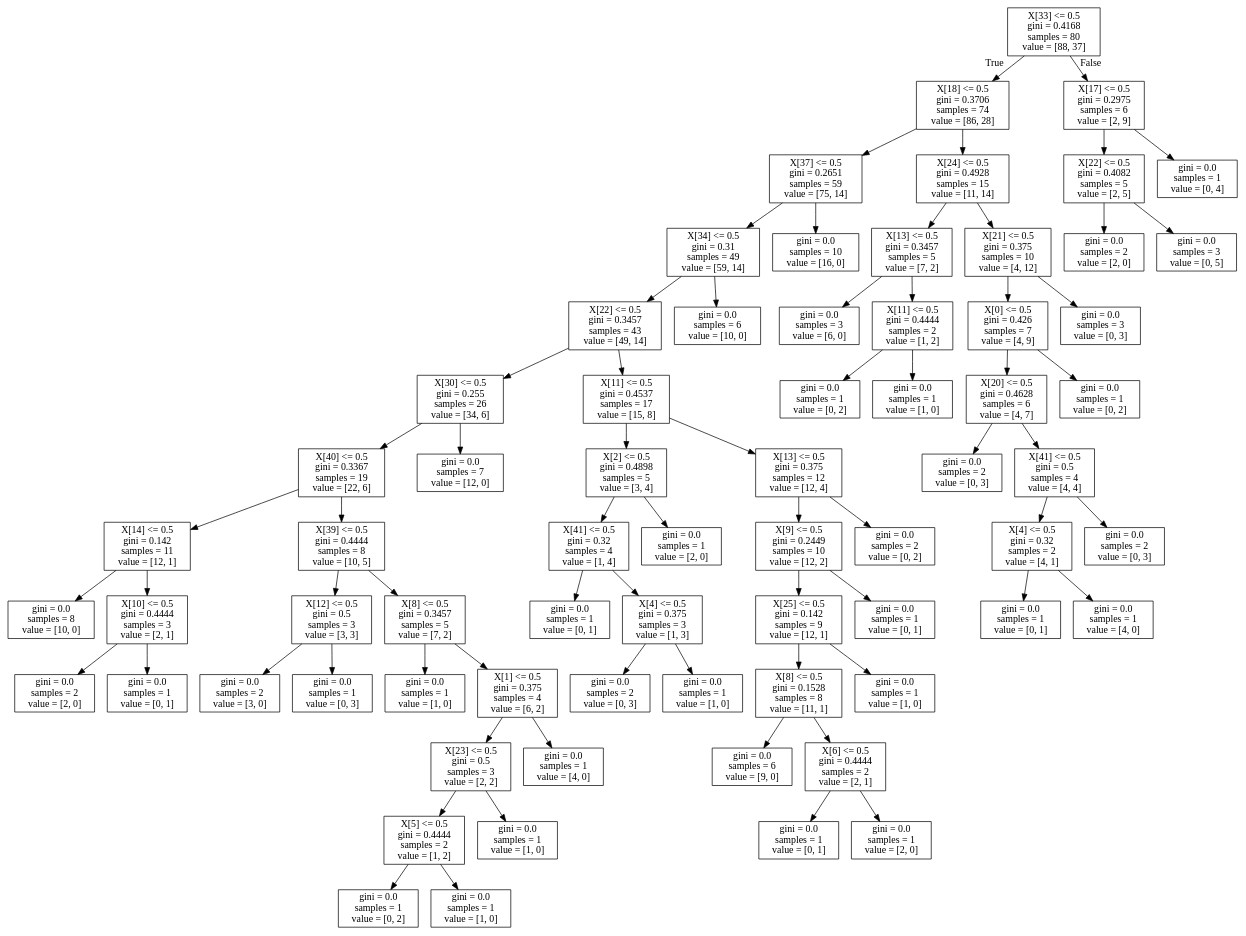
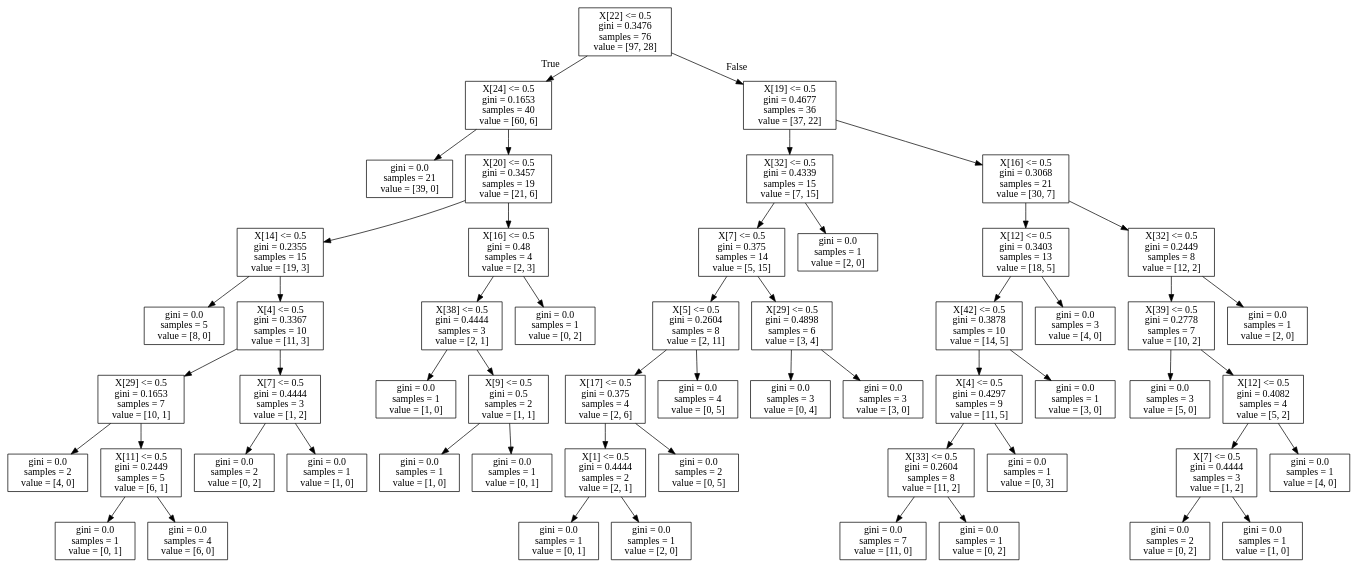
The diagram in tree3.dot (aaronfowles/elastography), drawn with Graphviz before and after one commit. The commit also changed 11 other files, not shown here.

```diff
--- a/tree3.dot
+++ b/tree3.dot
@@ -1,140 +1,112 @@
 digraph Tree {
 node [shape=box] ;
-0 [label="X[33] <= 0.5\ngini = 0.4168\nsamples = 80\nvalue = [88, 37]"] ;
-1 [label="X[18] <= 0.5\ngini = 0.3706\nsamples = 74\nvalue = [86, 28]"] ;
+0 [label="X[22] <= 0.5\ngini = 0.3476\nsamples = 76\nvalue = [97, 28]"] ;
+1 [label="X[24] <= 0.5\ngini = 0.1653\nsamples = 40\nvalue = [60, 6]"] ;
 0 -> 1 [labeldistance=2.5, labelangle=45, headlabel="True"] ;
-2 [label="X[37] <= 0.5\ngini = 0.2651\nsamples = 59\nvalue = [75, 14]"] ;
+2 [label="gini = 0.0\nsamples = 21\nvalue = [39, 0]"] ;
 1 -> 2 ;
-3 [label="X[34] <= 0.5\ngini = 0.31\nsamples = 49\nvalue = [59, 14]"] ;
-2 -> 3 ;
-4 [label="X[22] <= 0.5\ngini = 0.3457\nsamples = 43\nvalue = [49, 14]"] ;
+3 [label="X[20] <= 0.5\ngini = 0.3457\nsamples = 19\nvalue = [21, 6]"] ;
+1 -> 3 ;
+4 [label="X[14] <= 0.5\ngini = 0.2355\nsamples = 15\nvalue = [19, 3]"] ;
 3 -> 4 ;
-5 [label="X[30] <= 0.5\ngini = 0.255\nsamples = 26\nvalue = [34, 6]"] ;
+5 [label="gini = 0.0\nsamples = 5\nvalue = [8, 0]"] ;
 4 -> 5 ;
-6 [label="X[40] <= 0.5\ngini = 0.3367\nsamples = 19\nvalue = [22, 6]"] ;
-5 -> 6 ;
-7 [label="X[14] <= 0.5\ngini = 0.142\nsamples = 11\nvalue = [12, 1]"] ;
+6 [label="X[4] <= 0.5\ngini = 0.3367\nsamples = 10\nvalue = [11, 3]"] ;
+4 -> 6 ;
+7 [label="X[29] <= 0.5\ngini = 0.1653\nsamples = 7\nvalue = [10, 1]"] ;
 6 -> 7 ;
-8 [label="gini = 0.0\nsamples = 8\nvalue = [10, 0]"] ;
+8 [label="gini = 0.0\nsamples = 2\nvalue = [4, 0]"] ;
 7 -> 8 ;
-9 [label="X[10] <= 0.5\ngini = 0.4444\nsamples = 3\nvalue = [2, 1]"] ;
+9 [label="X[11] <= 0.5\ngini = 0.2449\nsamples = 5\nvalue = [6, 1]"] ;
 7 -> 9 ;
-10 [label="gini = 0.0\nsamples = 2\nvalue = [2, 0]"] ;
+10 [label="gini = 0.0\nsamples = 1\nvalue = [0, 1]"] ;
 9 -> 10 ;
-11 [label="gini = 0.0\nsamples = 1\nvalue = [0, 1]"] ;
+11 [label="gini = 0.0\nsamples = 4\nvalue = [6, 0]"] ;
 9 -> 11 ;
-12 [label="X[39] <= 0.5\ngini = 0.4444\nsamples = 8\nvalue = [10, 5]"] ;
+12 [label="X[7] <= 0.5\ngini = 0.4444\nsamples = 3\nvalue = [1, 2]"] ;
 6 -> 12 ;
-13 [label="X[12] <= 0.5\ngini = 0.5\nsamples = 3\nvalue = [3, 3]"] ;
+13 [label="gini = 0.0\nsamples = 2\nvalue = [0, 2]"] ;
 12 -> 13 ;
-14 [label="gini = 0.0\nsamples = 2\nvalue = [3, 0]"] ;
-13 -> 14 ;
-15 [label="gini = 0.0\nsamples = 1\nvalue = [0, 3]"] ;
-13 -> 15 ;
-16 [label="X[8] <= 0.5\ngini = 0.3457\nsamples = 5\nvalue = [7, 2]"] ;
-12 -> 16 ;
+14 [label="gini = 0.0\nsamples = 1\nvalue = [1, 0]"] ;
+12 -> 14 ;
+15 [label="X[16] <= 0.5\ngini = 0.48\nsamples = 4\nvalue = [2, 3]"] ;
+3 -> 15 ;
+16 [label="X[38] <= 0.5\ngini = 0.4444\nsamples = 3\nvalue = [2, 1]"] ;
+15 -> 16 ;
 17 [label="gini = 0.0\nsamples = 1\nvalue = [1, 0]"] ;
 16 -> 17 ;
-18 [label="X[1] <= 0.5\ngini = 0.375\nsamples = 4\nvalue = [6, 2]"] ;
+18 [label="X[9] <= 0.5\ngini = 0.5\nsamples = 2\nvalue = [1, 1]"] ;
 16 -> 18 ;
-19 [label="X[23] <= 0.5\ngini = 0.5\nsamples = 3\nvalue = [2, 2]"] ;
+19 [label="gini = 0.0\nsamples = 1\nvalue = [1, 0]"] ;
 18 -> 19 ;
-20 [label="X[5] <= 0.5\ngini = 0.4444\nsamples = 2\nvalue = [1, 2]"] ;
-19 -> 20 ;
+20 [label="gini = 0.0\nsamples = 1\nvalue = [0, 1]"] ;
+18 -> 20 ;
 21 [label="gini = 0.0\nsamples = 1\nvalue = [0, 2]"] ;
-20 -> 21 ;
-22 [label="gini = 0.0\nsamples = 1\nvalue = [1, 0]"] ;
-20 -> 22 ;
-23 [label="gini = 0.0\nsamples = 1\nvalue = [1, 0]"] ;
-19 -> 23 ;
-24 [label="gini = 0.0\nsamples = 1\nvalue = [4, 0]"] ;
-18 -> 24 ;
-25 [label="gini = 0.0\nsamples = 7\nvalue = [12, 0]"] ;
-5 -> 25 ;
-26 [label="X[11] <= 0.5\ngini = 0.4537\nsamples = 17\nvalue = [15, 8]"] ;
-4 -> 26 ;
-27 [label="X[2] <= 0.5\ngini = 0.4898\nsamples = 5\nvalue = [3, 4]"] ;
+15 -> 21 ;
+22 [label="X[19] <= 0.5\ngini = 0.4677\nsamples = 36\nvalue = [37, 22]"] ;
+0 -> 22 [labeldistance=2.5, labelangle=-45, headlabel="False"] ;
+23 [label="X[32] <= 0.5\ngini = 0.4339\nsamples = 15\nvalue = [7, 15]"] ;
+22 -> 23 ;
+24 [label="X[7] <= 0.5\ngini = 0.375\nsamples = 14\nvalue = [5, 15]"] ;
+23 -> 24 ;
+25 [label="X[5] <= 0.5\ngini = 0.2604\nsamples = 8\nvalue = [2, 11]"] ;
+24 -> 25 ;
+26 [label="X[17] <= 0.5\ngini = 0.375\nsamples = 4\nvalue = [2, 6]"] ;
+25 -> 26 ;
+27 [label="X[1] <= 0.5\ngini = 0.4444\nsamples = 2\nvalue = [2, 1]"] ;
 26 -> 27 ;
-28 [label="X[41] <= 0.5\ngini = 0.32\nsamples = 4\nvalue = [1, 4]"] ;
+28 [label="gini = 0.0\nsamples = 1\nvalue = [0, 1]"] ;
 27 -> 28 ;
-29 [label="gini = 0.0\nsamples = 1\nvalue = [0, 1]"] ;
-28 -> 29 ;
-30 [label="X[4] <= 0.5\ngini = 0.375\nsamples = 3\nvalue = [1, 3]"] ;
-28 -> 30 ;
-31 [label="gini = 0.0\nsamples = 2\nvalue = [0, 3]"] ;
-30 -> 31 ;
-32 [label="gini = 0.0\nsamples = 1\nvalue = [1, 0]"] ;
-30 -> 32 ;
-33 [label="gini = 0.0\nsamples = 1\nvalue = [2, 0]"] ;
-27 -> 33 ;
-34 [label="X[13] <= 0.5\ngini = 0.375\nsamples = 12\nvalue = [12, 4]"] ;
-26 -> 34 ;
-35 [label="X[9] <= 0.5\ngini = 0.2449\nsamples = 10\nvalue = [12, 2]"] ;
-34 -> 35 ;
-36 [label="X[25] <= 0.5\ngini = 0.142\nsamples = 9\nvalue = [12, 1]"] ;
-35 -> 36 ;
-37 [label="X[8] <= 0.5\ngini = 0.1528\nsamples = 8\nvalue = [11, 1]"] ;
+29 [label="gini = 0.0\nsamples = 1\nvalue = [2, 0]"] ;
+27 -> 29 ;
+30 [label="gini = 0.0\nsamples = 2\nvalue = [0, 5]"] ;
+26 -> 30 ;
+31 [label="gini = 0.0\nsamples = 4\nvalue = [0, 5]"] ;
+25 -> 31 ;
+32 [label="X[29] <= 0.5\ngini = 0.4898\nsamples = 6\nvalue = [3, 4]"] ;
+24 -> 32 ;
+33 [label="gini = 0.0\nsamples = 3\nvalue = [0, 4]"] ;
+32 -> 33 ;
+34 [label="gini = 0.0\nsamples = 3\nvalue = [3, 0]"] ;
+32 -> 34 ;
+35 [label="gini = 0.0\nsamples = 1\nvalue = [2, 0]"] ;
+23 -> 35 ;
+36 [label="X[16] <= 0.5\ngini = 0.3068\nsamples = 21\nvalue = [30, 7]"] ;
+22 -> 36 ;
+37 [label="X[12] <= 0.5\ngini = 0.3403\nsamples = 13\nvalue = [18, 5]"] ;
 36 -> 37 ;
-38 [label="gini = 0.0\nsamples = 6\nvalue = [9, 0]"] ;
+38 [label="X[42] <= 0.5\ngini = 0.3878\nsamples = 10\nvalue = [14, 5]"] ;
 37 -> 38 ;
-39 [label="X[6] <= 0.5\ngini = 0.4444\nsamples = 2\nvalue = [2, 1]"] ;
-37 -> 39 ;
-40 [label="gini = 0.0\nsamples = 1\nvalue = [0, 1]"] ;
+39 [label="X[4] <= 0.5\ngini = 0.4297\nsamples = 9\nvalue = [11, 5]"] ;
+38 -> 39 ;
+40 [label="X[33] <= 0.5\ngini = 0.2604\nsamples = 8\nvalue = [11, 2]"] ;
 39 -> 40 ;
-41 [label="gini = 0.0\nsamples = 1\nvalue = [2, 0]"] ;
-39 -> 41 ;
-42 [label="gini = 0.0\nsamples = 1\nvalue = [1, 0]"] ;
-36 -> 42 ;
-43 [label="gini = 0.0\nsamples = 1\nvalue = [0, 1]"] ;
-35 -> 43 ;
-44 [label="gini = 0.0\nsamples = 2\nvalue = [0, 2]"] ;
-34 -> 44 ;
-45 [label="gini = 0.0\nsamples = 6\nvalue = [10, 0]"] ;
-3 -> 45 ;
-46 [label="gini = 0.0\nsamples = 10\nvalue = [16, 0]"] ;
-2 -> 46 ;
-47 [label="X[24] <= 0.5\ngini = 0.4928\nsamples = 15\nvalue = [11, 14]"] ;
-1 -> 47 ;
-48 [label="X[13] <= 0.5\ngini = 0.3457\nsamples = 5\nvalue = [7, 2]"] ;
+41 [label="gini = 0.0\nsamples = 7\nvalue = [11, 0]"] ;
+40 -> 41 ;
+42 [label="gini = 0.0\nsamples = 1\nvalue = [0, 2]"] ;
+40 -> 42 ;
+43 [label="gini = 0.0\nsamples = 1\nvalue = [0, 3]"] ;
+39 -> 43 ;
+44 [label="gini = 0.0\nsamples = 1\nvalue = [3, 0]"] ;
+38 -> 44 ;
+45 [label="gini = 0.0\nsamples = 3\nvalue = [4, 0]"] ;
+37 -> 45 ;
+46 [label="X[32] <= 0.5\ngini = 0.2449\nsamples = 8\nvalue = [12, 2]"] ;
+36 -> 46 ;
+47 [label="X[39] <= 0.5\ngini = 0.2778\nsamples = 7\nvalue = [10, 2]"] ;
+46 -> 47 ;
+48 [label="gini = 0.0\nsamples = 3\nvalue = [5, 0]"] ;
 47 -> 48 ;
-49 [label="gini = 0.0\nsamples = 3\nvalue = [6, 0]"] ;
-48 -> 49 ;
-50 [label="X[11] <= 0.5\ngini = 0.4444\nsamples = 2\nvalue = [1, 2]"] ;
-48 -> 50 ;
-51 [label="gini = 0.0\nsamples = 1\nvalue = [0, 2]"] ;
+49 [label="X[12] <= 0.5\ngini = 0.4082\nsamples = 4\nvalue = [5, 2]"] ;
+47 -> 49 ;
+50 [label="X[7] <= 0.5\ngini = 0.4444\nsamples = 3\nvalue = [1, 2]"] ;
+49 -> 50 ;
+51 [label="gini = 0.0\nsamples = 2\nvalue = [0, 2]"] ;
 50 -> 51 ;
 52 [label="gini = 0.0\nsamples = 1\nvalue = [1, 0]"] ;
 50 -> 52 ;
-53 [label="X[21] <= 0.5\ngini = 0.375\nsamples = 10\nvalue = [4, 12]"] ;
-47 -> 53 ;
-54 [label="X[0] <= 0.5\ngini = 0.426\nsamples = 7\nvalue = [4, 9]"] ;
-53 -> 54 ;
-55 [label="X[20] <= 0.5\ngini = 0.4628\nsamples = 6\nvalue = [4, 7]"] ;
-54 -> 55 ;
-56 [label="gini = 0.0\nsamples = 2\nvalue = [0, 3]"] ;
-55 -> 56 ;
-57 [label="X[41] <= 0.5\ngini = 0.5\nsamples = 4\nvalue = [4, 4]"] ;
-55 -> 57 ;
-58 [label="X[4] <= 0.5\ngini = 0.32\nsamples = 2\nvalue = [4, 1]"] ;
-57 -> 58 ;
-59 [label="gini = 0.0\nsamples = 1\nvalue = [0, 1]"] ;
-58 -> 59 ;
-60 [label="gini = 0.0\nsamples = 1\nvalue = [4, 0]"] ;
-58 -> 60 ;
-61 [label="gini = 0.0\nsamples = 2\nvalue = [0, 3]"] ;
-57 -> 61 ;
-62 [label="gini = 0.0\nsamples = 1\nvalue = [0, 2]"] ;
-54 -> 62 ;
-63 [label="gini = 0.0\nsamples = 3\nvalue = [0, 3]"] ;
-53 -> 63 ;
-64 [label="X[17] <= 0.5\ngini = 0.2975\nsamples = 6\nvalue = [2, 9]"] ;
-0 -> 64 [labeldistance=2.5, labelangle=-45, headlabel="False"] ;
-65 [label="X[22] <= 0.5\ngini = 0.4082\nsamples = 5\nvalue = [2, 5]"] ;
-64 -> 65 ;
-66 [label="gini = 0.0\nsamples = 2\nvalue = [2, 0]"] ;
-65 -> 66 ;
-67 [label="gini = 0.0\nsamples = 3\nvalue = [0, 5]"] ;
-65 -> 67 ;
-68 [label="gini = 0.0\nsamples = 1\nvalue = [0, 4]"] ;
-64 -> 68 ;
+53 [label="gini = 0.0\nsamples = 1\nvalue = [4, 0]"] ;
+49 -> 53 ;
+54 [label="gini = 0.0\nsamples = 1\nvalue = [2, 0]"] ;
+46 -> 54 ;
 }
```
